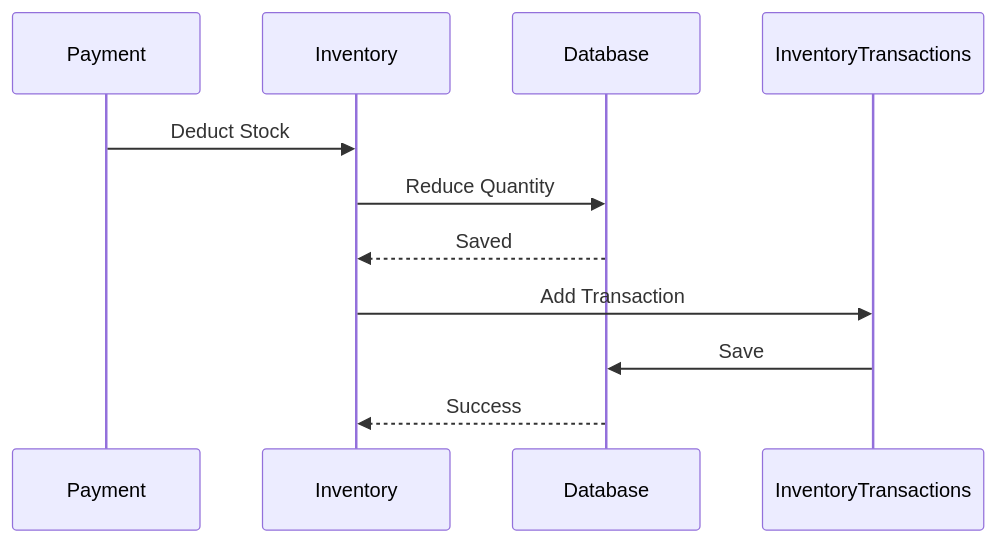
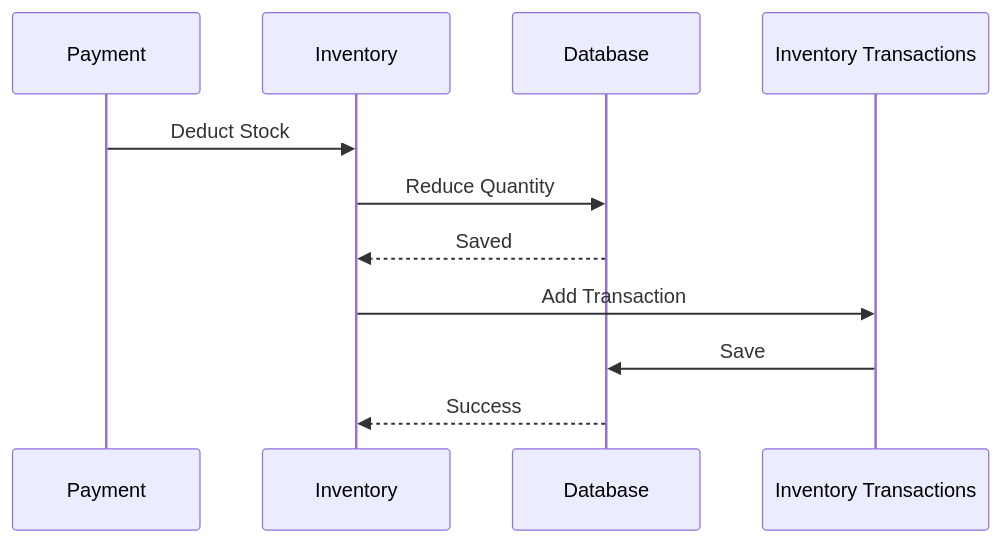
One commit to chintanchhapgar/ShopSphere changed the fifth of 8 diagrams in docs/inventory.md. Above: the diagram before and after it, drawn with Mermaid. The commit also changed other lines of this file, not shown here.

Commit message:
Update inventory documentation with table of contents

````diff
--- a/docs/inventory.md
+++ b/docs/inventory.md
@@ -150,15 +174,14 @@
 ```mermaid
 sequenceDiagram
+    participant Payment
+    participant Inventory
+    participant Database
+    participant Transactions as Inventory Transactions
 
-Payment->>Inventory: Deduct Stock
-
-Inventory->>Database: Reduce Quantity
-
-Database-->>Inventory: Saved
-
-Inventory->>InventoryTransactions: Add Transaction
-
-InventoryTransactions->>Database: Save
-
-Database-->>Inventory: Success
+    Payment->>Inventory: Deduct Stock
+    Inventory->>Database: Reduce Quantity
+    Database-->>Inventory: Saved
+    Inventory->>Transactions: Add Transaction
+    Transactions->>Database: Save
+    Database-->>Inventory: Success
 ```
````
